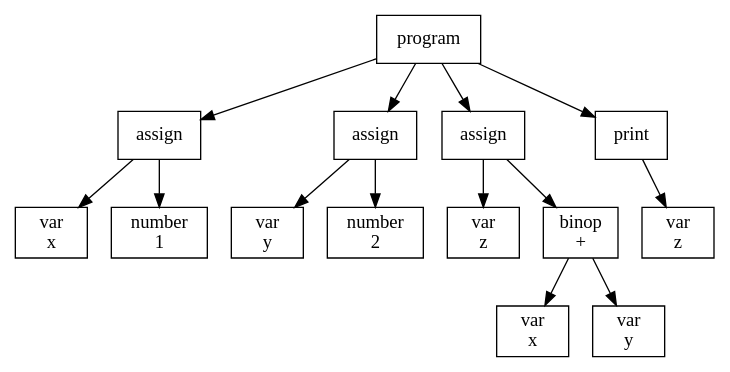
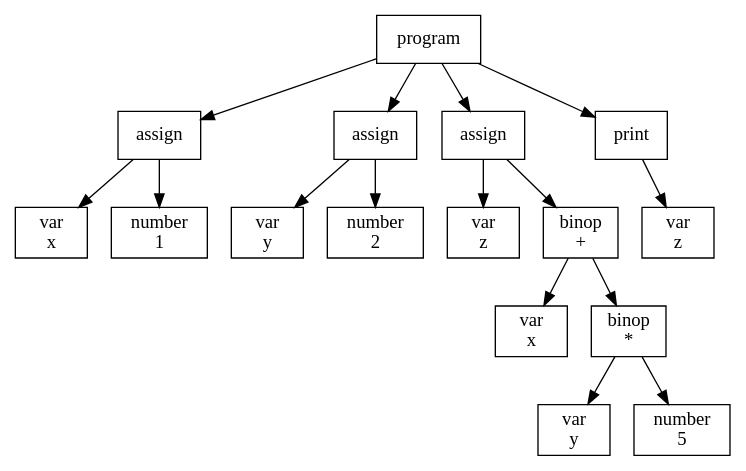
One commit to GiovaniFetzner/LexicalAnalyser changed the diagram in ast.dot. Above: the diagram before and after it, drawn with Graphviz. The commit also changed 15 other files, not shown here.

```diff
--- a/ast.dot
+++ b/ast.dot
@@ -1,30 +1,34 @@
 digraph AST {
 node [shape=box];
-"58042af6-dcf5-41b8-a409-f55d801a5f84" [label="program"];
-"58042af6-dcf5-41b8-a409-f55d801a5f84" -> "5590e37d-5119-4cce-9dc3-e485c0c5ce0b";
-"5590e37d-5119-4cce-9dc3-e485c0c5ce0b" [label="assign"];
-"5590e37d-5119-4cce-9dc3-e485c0c5ce0b" -> "b8a27fd8-966f-49f0-bb1d-7729a827c7ed";
-"b8a27fd8-966f-49f0-bb1d-7729a827c7ed" [label="var\nx"];
-"5590e37d-5119-4cce-9dc3-e485c0c5ce0b" -> "dc7e62d3-bfa1-4abb-a9c0-53d66ee47a27";
-"dc7e62d3-bfa1-4abb-a9c0-53d66ee47a27" [label="number\n1"];
-"58042af6-dcf5-41b8-a409-f55d801a5f84" -> "77d45ceb-cf1d-4408-a46f-a92bda7e203a";
-"77d45ceb-cf1d-4408-a46f-a92bda7e203a" [label="assign"];
-"77d45ceb-cf1d-4408-a46f-a92bda7e203a" -> "da830e1d-9878-41a3-9c0c-0aee2a527506";
-"da830e1d-9878-41a3-9c0c-0aee2a527506" [label="var\ny"];
-"77d45ceb-cf1d-4408-a46f-a92bda7e203a" -> "1a56aada-0ae1-455d-b4c4-4069f4939a21";
-"1a56aada-0ae1-455d-b4c4-4069f4939a21" [label="number\n2"];
-"58042af6-dcf5-41b8-a409-f55d801a5f84" -> "67baa338-317c-47c8-b032-3f6db589fa10";
-"67baa338-317c-47c8-b032-3f6db589fa10" [label="assign"];
-"67baa338-317c-47c8-b032-3f6db589fa10" -> "6f7b83ca-0c29-4eb1-b4e0-a6ceb9f17842";
-"6f7b83ca-0c29-4eb1-b4e0-a6ceb9f17842" [label="var\nz"];
-"67baa338-317c-47c8-b032-3f6db589fa10" -> "084458fe-d5aa-44f0-8270-737461511d19";
-"084458fe-d5aa-44f0-8270-737461511d19" [label="binop\n+"];
-"084458fe-d5aa-44f0-8270-737461511d19" -> "4d9a183b-f50e-4d6c-a691-1c2be3a19d18";
-"4d9a183b-f50e-4d6c-a691-1c2be3a19d18" [label="var\nx"];
-"084458fe-d5aa-44f0-8270-737461511d19" -> "48d2c76f-9d65-4e03-84cc-14cd0890ce74";
-"48d2c76f-9d65-4e03-84cc-14cd0890ce74" [label="var\ny"];
-"58042af6-dcf5-41b8-a409-f55d801a5f84" -> "b9b63883-7d3f-43c5-86bb-510ff25be5c1";
-"b9b63883-7d3f-43c5-86bb-510ff25be5c1" [label="print"];
-"b9b63883-7d3f-43c5-86bb-510ff25be5c1" -> "4ba8e75f-9b63-48fb-801a-7072e144f0d2";
-"4ba8e75f-9b63-48fb-801a-7072e144f0d2" [label="var\nz"];
+"a380fe40-191a-45c7-a437-fff5adae8d54" [label="program"];
+"a380fe40-191a-45c7-a437-fff5adae8d54" -> "8c61a6c2-8132-446d-9332-f3e8091ed23b";
+"8c61a6c2-8132-446d-9332-f3e8091ed23b" [label="assign"];
+"8c61a6c2-8132-446d-9332-f3e8091ed23b" -> "57ed7f9c-a4f9-4fcf-9d92-7371b3732a83";
+"57ed7f9c-a4f9-4fcf-9d92-7371b3732a83" [label="var\nx"];
+"8c61a6c2-8132-446d-9332-f3e8091ed23b" -> "ad9151db-136e-4dd3-b348-3bc1b648fa6c";
+"ad9151db-136e-4dd3-b348-3bc1b648fa6c" [label="number\n1"];
+"a380fe40-191a-45c7-a437-fff5adae8d54" -> "08c0c21a-27cb-4ea4-bdf3-4c11627d90fe";
+"08c0c21a-27cb-4ea4-bdf3-4c11627d90fe" [label="assign"];
+"08c0c21a-27cb-4ea4-bdf3-4c11627d90fe" -> "1554e88f-9caf-4dc6-b896-01c59d50a7f0";
+"1554e88f-9caf-4dc6-b896-01c59d50a7f0" [label="var\ny"];
+"08c0c21a-27cb-4ea4-bdf3-4c11627d90fe" -> "6017815b-83fc-4dec-89e3-709db8746f3a";
+"6017815b-83fc-4dec-89e3-709db8746f3a" [label="number\n2"];
+"a380fe40-191a-45c7-a437-fff5adae8d54" -> "3fd8e9b9-483c-442e-b3bb-912131528787";
+"3fd8e9b9-483c-442e-b3bb-912131528787" [label="assign"];
+"3fd8e9b9-483c-442e-b3bb-912131528787" -> "e8339cc6-1087-4937-bb96-d1ff19da16b6";
+"e8339cc6-1087-4937-bb96-d1ff19da16b6" [label="var\nz"];
+"3fd8e9b9-483c-442e-b3bb-912131528787" -> "23465cb1-d14e-42d2-83ad-0133f8f440cf";
+"23465cb1-d14e-42d2-83ad-0133f8f440cf" [label="binop\n+"];
+"23465cb1-d14e-42d2-83ad-0133f8f440cf" -> "fe01a71d-5f40-444d-a14b-32d3ea1fca57";
+"fe01a71d-5f40-444d-a14b-32d3ea1fca57" [label="var\nx"];
+"23465cb1-d14e-42d2-83ad-0133f8f440cf" -> "01a76570-89c0-4021-bced-ca68785fc9ba";
+"01a76570-89c0-4021-bced-ca68785fc9ba" [label="binop\n*"];
+"01a76570-89c0-4021-bced-ca68785fc9ba" -> "a71d2cd5-7317-447d-9e28-ffbf193b5212";
+"a71d2cd5-7317-447d-9e28-ffbf193b5212" [label="var\ny"];
+"01a76570-89c0-4021-bced-ca68785fc9ba" -> "9294ceda-83fb-4497-a8c7-b90c125f4562";
+"9294ceda-83fb-4497-a8c7-b90c125f4562" [label="number\n5"];
+"a380fe40-191a-45c7-a437-fff5adae8d54" -> "201449b5-9194-4396-860c-04c162e09045";
+"201449b5-9194-4396-860c-04c162e09045" [label="print"];
+"201449b5-9194-4396-860c-04c162e09045" -> "564552c2-d009-4553-9e50-5be17973d816";
+"564552c2-d009-4553-9e50-5be17973d816" [label="var\nz"];
 }
```
